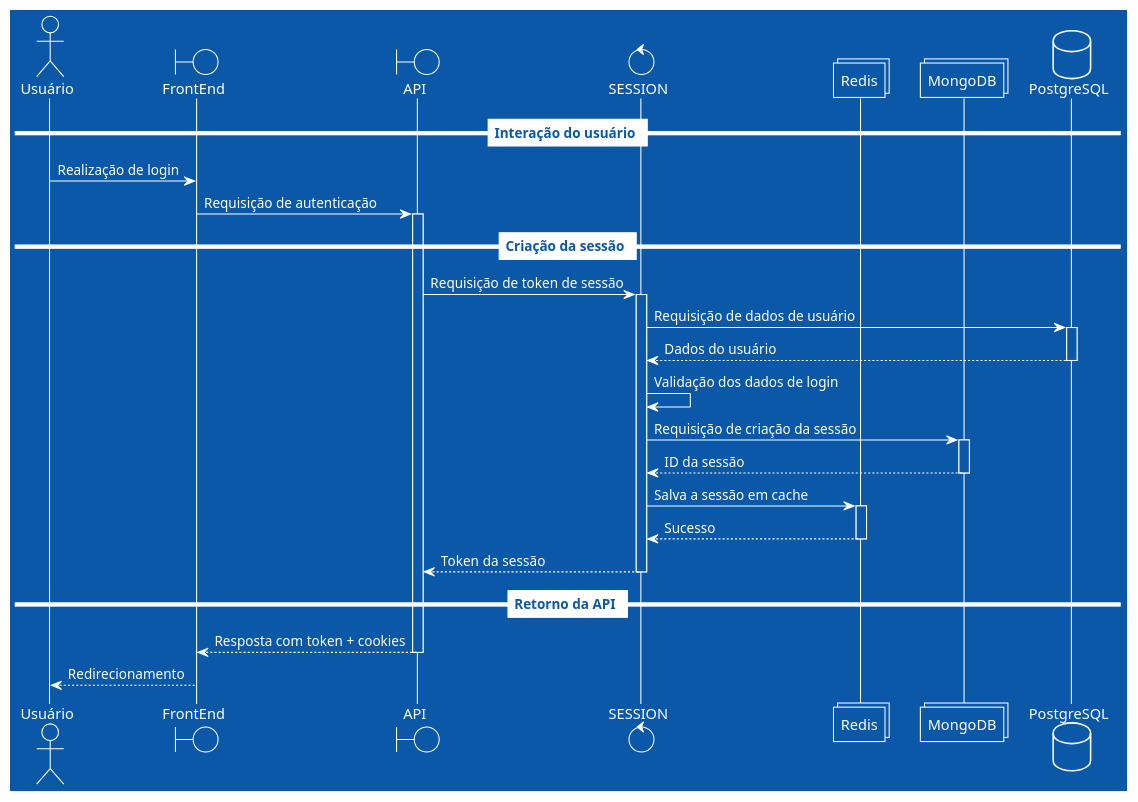
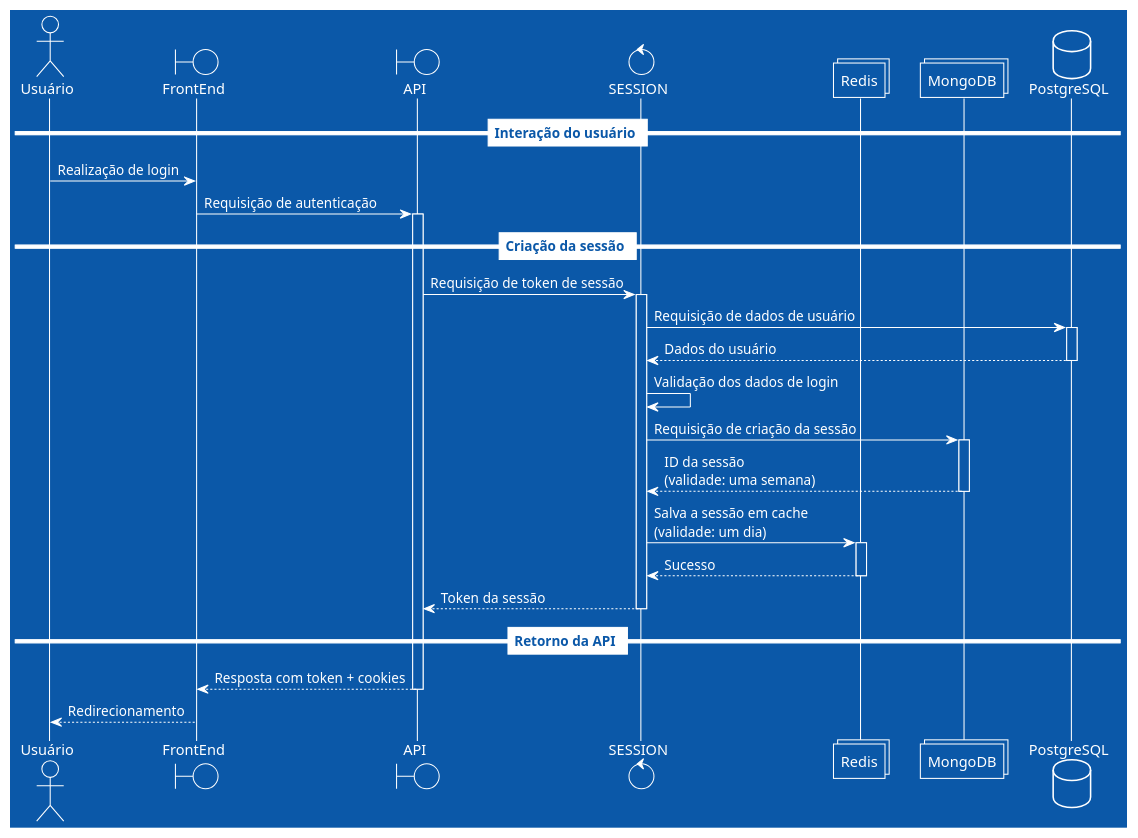
The diagram in docs/src/diagramas/login.md (Minerva-System/minerva-system), drawn with PlantUML before and after one commit. The commit also changed other lines of this file, not shown here.

Commit message:
Clean up login sequence diagram

````diff
--- a/docs/src/diagramas/login.md
+++ b/docs/src/diagramas/login.md
@@ -18,45 +5,45 @@
 ```plantuml
 @startuml
 !theme amiga
 actor       Usuário    as ator
 boundary    FrontEnd   as frontend
 boundary    API        as api
 control     SESSION    as session
 collections Redis      as redis
 collections MongoDB    as mongo
 database    PostgreSQL as postgres
 
 == Interação do usuário ==
 
 ator     ->   frontend: Realização de login
 frontend ->   api:      Requisição de autenticação
 activate api
 
 == Criação da sessão ==
 
 api      ->   session:  Requisição de token de sessão
 activate session
 session  ->   postgres: Requisição de dados de usuário
 activate postgres
 session  <--  postgres: Dados do usuário
 deactivate postgres
 session  ->   session:  Validação dos dados de login
 session  ->   mongo:    Requisição de criação da sessão
 activate mongo
-session  <--  mongo:    ID da sessão
+session  <--  mongo:    ID da sessão\n(validade: uma semana)
 deactivate mongo
-session  ->   redis:    Salva a sessão em cache
+session  ->   redis:    Salva a sessão em cache\n(validade: um dia)
 activate redis
 session  <--  redis:    Sucesso
 deactivate redis
 api      <--  session:  Token da sessão
 deactivate session
 
 == Retorno da API ==
 
 frontend <--  api:      Resposta com token + cookies
 deactivate api
 ator     <--  frontend: Redirecionamento
 
 @enduml
 ```
````
